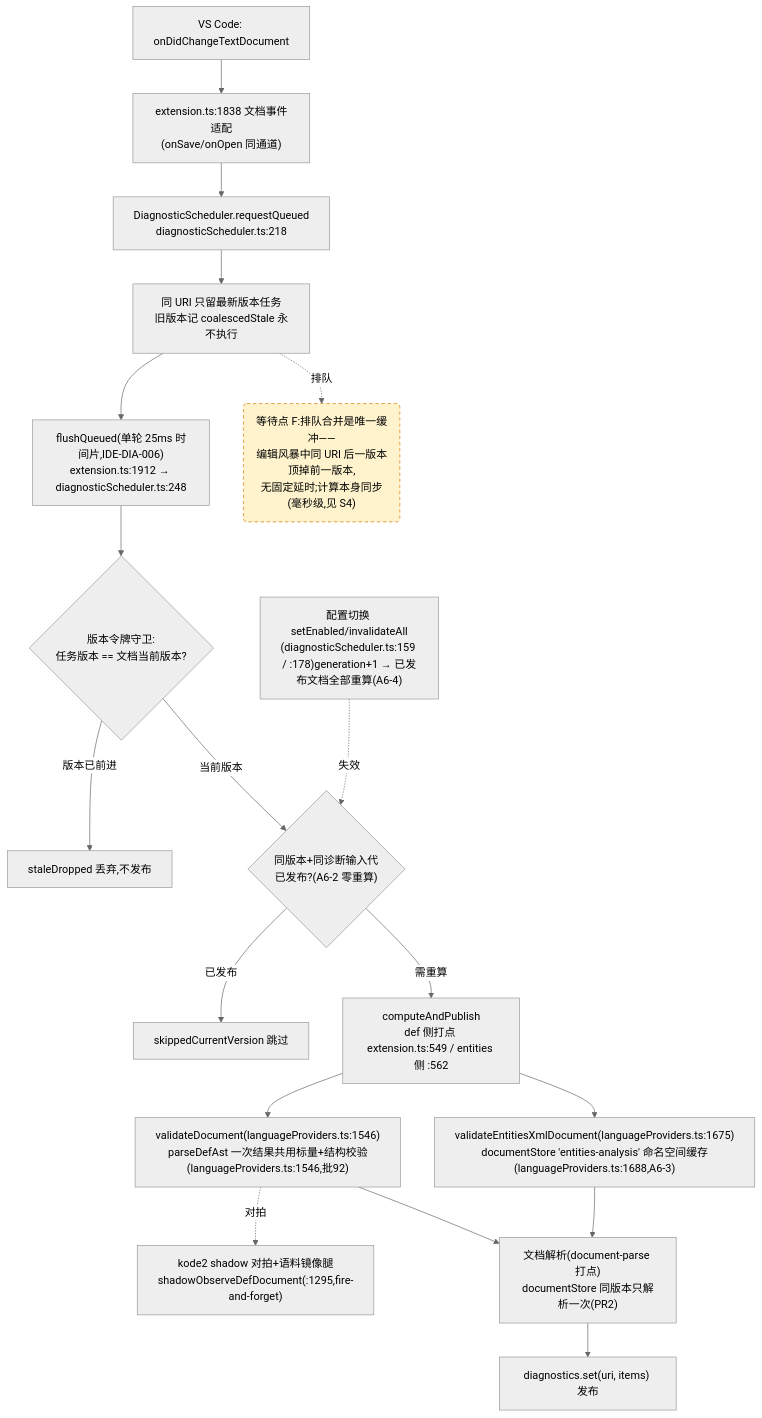
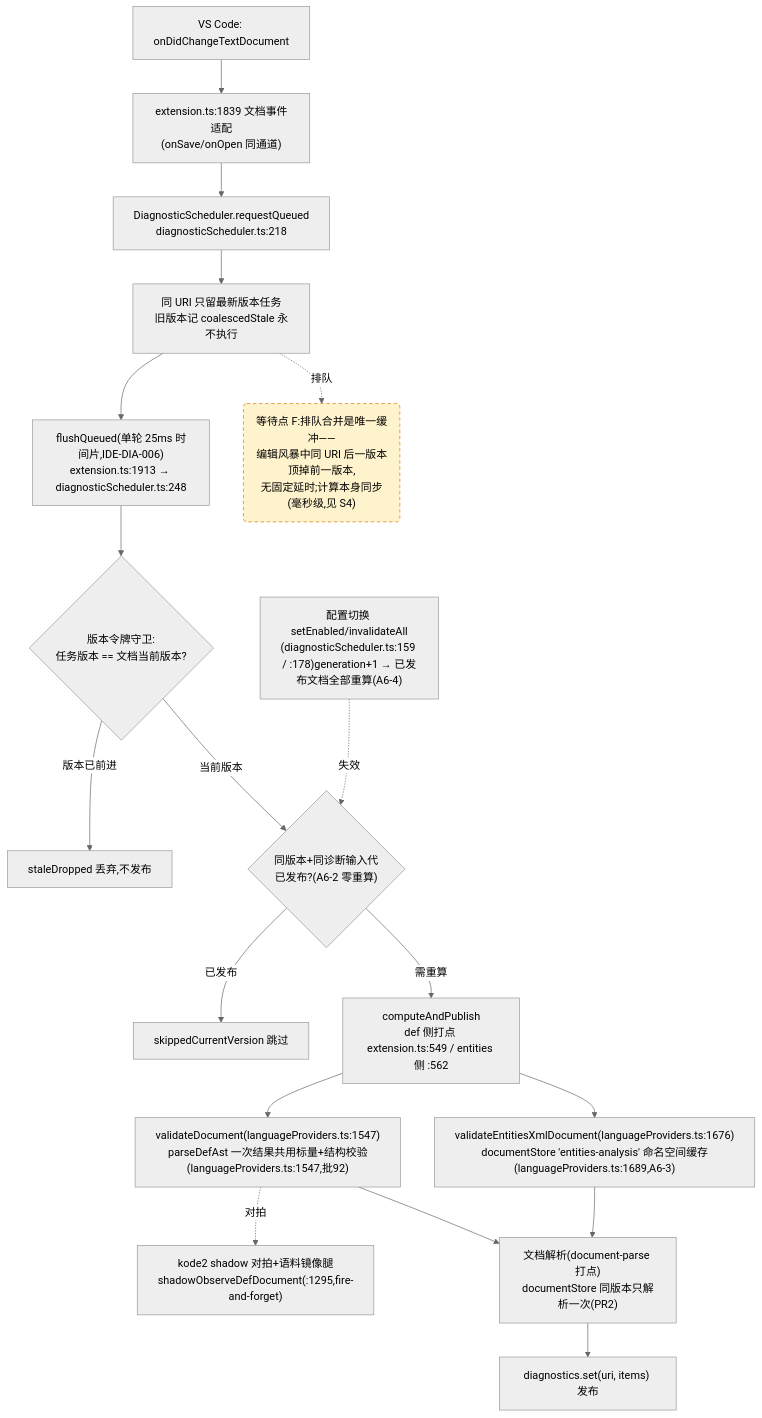
The fourth of 4 diagrams in docs/perf/2026-baseline.md (cuihairu/kode), drawn with Mermaid (neutral theme) before and after one commit. The commit also changed other lines of this file and 6 other files, not shown here.

````diff
--- a/docs/perf/2026-baseline.md
+++ b/docs/perf/2026-baseline.md
@@ -214,38 +214,38 @@
 ```mermaid
 flowchart TD
   CHG["VS Code: onDidChangeTextDocument"]
-  WATCH["extension.ts:1838 文档事件适配<br/>(onSave/onOpen 同通道)"]
+  WATCH["extension.ts:1839 文档事件适配<br/>(onSave/onOpen 同通道)"]
   RQ["DiagnosticScheduler.requestQueued<br/>diagnosticScheduler.ts:218"]
   CO["同 URI 只留最新版本任务<br/>旧版本记 coalescedStale 永不执行"]
-  FL["flushQueued(单轮 25ms 时间片,IDE-DIA-006)<br/>extension.ts:1912 → diagnosticScheduler.ts:248"]
+  FL["flushQueued(单轮 25ms 时间片,IDE-DIA-006)<br/>extension.ts:1913 → diagnosticScheduler.ts:248"]
   VG{"版本令牌守卫:<br/>任务版本 == 文档当前版本?"}
   DROP["staleDropped 丢弃,不发布"]
   GEN{"同版本+同诊断输入代<br/>已发布?(A6-2 零重算)"}
   SKIP["skippedCurrentVersion 跳过"]
   CALC["computeAndPublish<br/>def 侧打点 extension.ts:549 / entities 侧 :562"]
-  VD["validateDocument(languageProviders.ts:1546)<br/>parseDefAst 一次结果共用标量+结构校验(languageProviders.ts:1546,批92)"]
-  VEX["validateEntitiesXmlDocument(languageProviders.ts:1675)<br/>documentStore 'entities-analysis' 命名空间缓存(languageProviders.ts:1688,A6-3)"]
+  VD["validateDocument(languageProviders.ts:1547)<br/>parseDefAst 一次结果共用标量+结构校验(languageProviders.ts:1547,批92)"]
+  VEX["validateEntitiesXmlDocument(languageProviders.ts:1676)<br/>documentStore 'entities-analysis' 命名空间缓存(languageProviders.ts:1689,A6-3)"]
   SHDD["kode2 shadow 对拍+语料镜像腿<br/>shadowObserveDefDocument(:1295,fire-and-forget)"]
   DS["文档解析(document-parse 打点)<br/>documentStore 同版本只解析一次(PR2)"]
   PUB["diagnostics.set(uri, items) 发布"]
   CFG2["配置切换 setEnabled/invalidateAll<br/>(diagnosticScheduler.ts:159 / :178)generation+1 → 已发布文档全部重算(A6-4)"]
 
   CHG --> WATCH --> RQ --> CO --> FL --> VG
   VG -- "版本已前进" --> DROP
   VG -- "当前版本" --> GEN
   GEN -- "已发布" --> SKIP
   GEN -- "需重算" --> CALC
   CALC --> VD
   CALC --> VEX
   VD --> DS
   VEX --> DS
   DS --> PUB
   VD -.->|对拍| SHDD
   CFG2 -.->|失效| GEN
 
   WAITF("等待点 F:排队合并是唯一缓冲——<br/>编辑风暴中同 URI 后一版本顶掉前一版本,<br/>无固定延时;计算本身同步(毫秒级,见 S4)")
   CO -.->|排队| WAITF
 
   classDef waitPoint fill:#fff3cd,stroke:#d97706,stroke-dasharray:5 4;
   class WAITF waitPoint;
 ```
````
